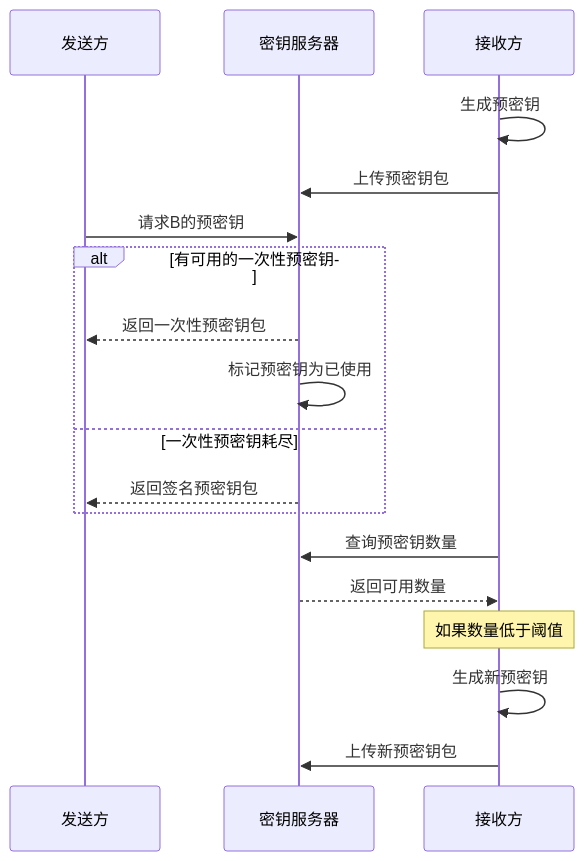
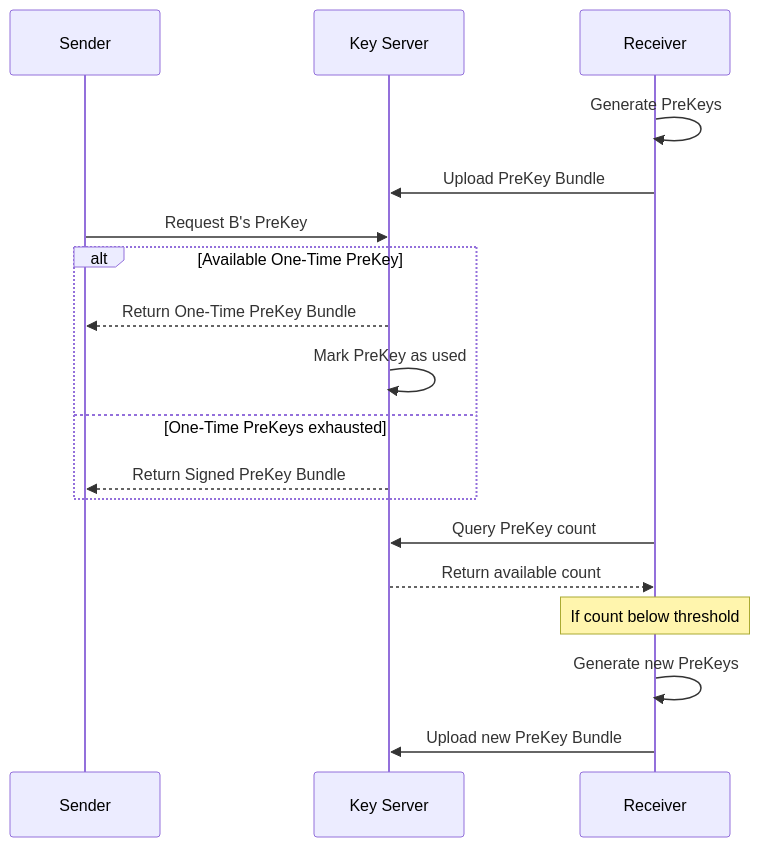
Before and after one commit to usherfly/Signal-Server-main: the seventh of 8 diagrams in docs/pulse-dm.md, drawn with Mermaid. The commit also changed other lines of this file and 6 other files, not shown here.

````diff
--- a/docs/pulse-dm.md
+++ b/docs/pulse-dm.md
@@ -722,23 +801,23 @@
    ```mermaid
    sequenceDiagram
-       participant A as 发送方
-       participant Server as 密钥服务器
-       participant B as 接收方
+       participant A as Sender
+       participant Server as Key Server
+       participant B as Receiver
        
-       B->>B: 生成预密钥
-       B->>Server: 上传预密钥包
+       B->>B: Generate PreKeys
+       B->>Server: Upload PreKey Bundle
        
-       A->>Server: 请求B的预密钥
-       alt 有可用的一次性预密钥
-           Server-->>A: 返回一次性预密钥包
-           Server->>Server: 标记预密钥为已使用
-       else 一次性预密钥耗尽
-           Server-->>A: 返回签名预密钥包
+       A->>Server: Request B's PreKey
+       alt Available One-Time PreKey
+           Server-->>A: Return One-Time PreKey Bundle
+           Server->>Server: Mark PreKey as used
+       else One-Time PreKeys exhausted
+           Server-->>A: Return Signed PreKey Bundle
        end
        
-       B->>Server: 查询预密钥数量
-       Server-->>B: 返回可用数量
-       Note over B: 如果数量低于阈值
-       B->>B: 生成新预密钥
-       B->>Server: 上传新预密钥包
+       B->>Server: Query PreKey count
+       Server-->>B: Return available count
+       Note over B: If count below threshold
+       B->>B: Generate new PreKeys
+       B->>Server: Upload new PreKey Bundle
    ```
````
